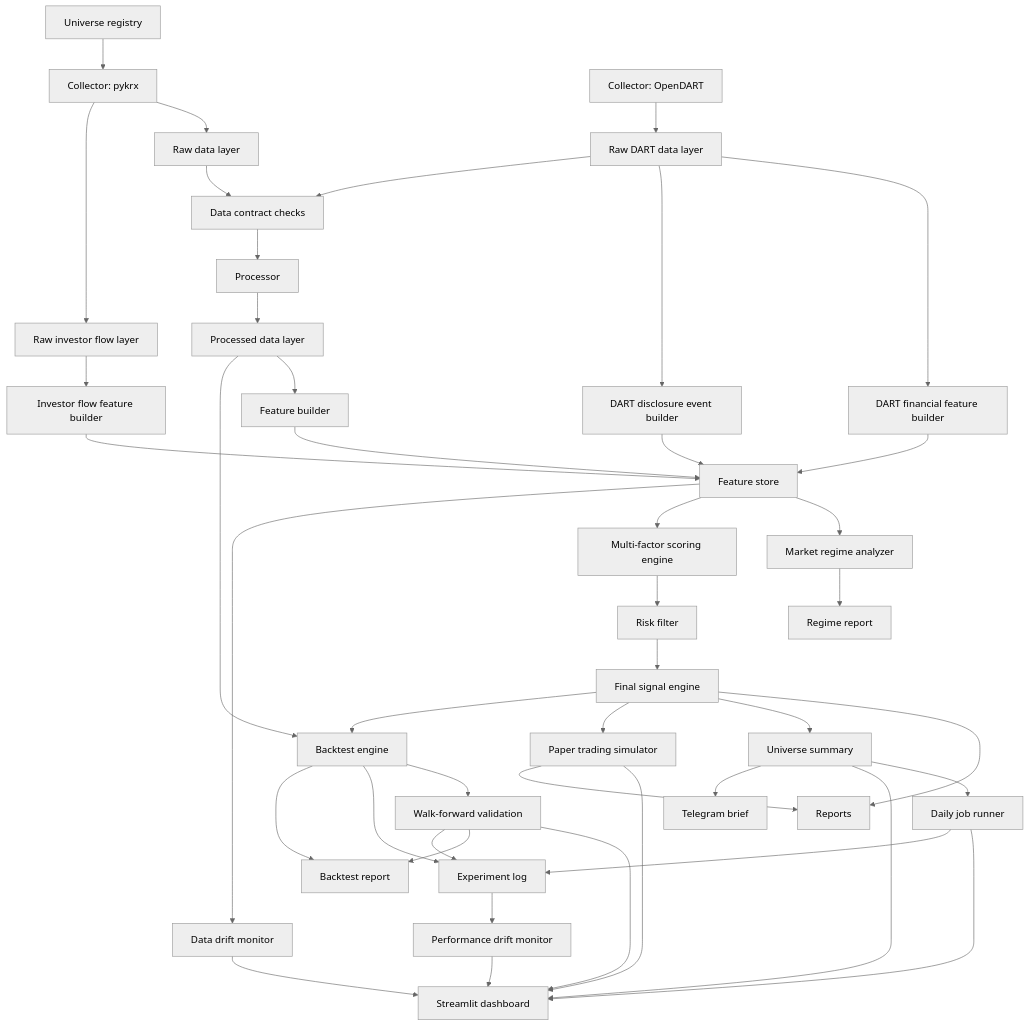
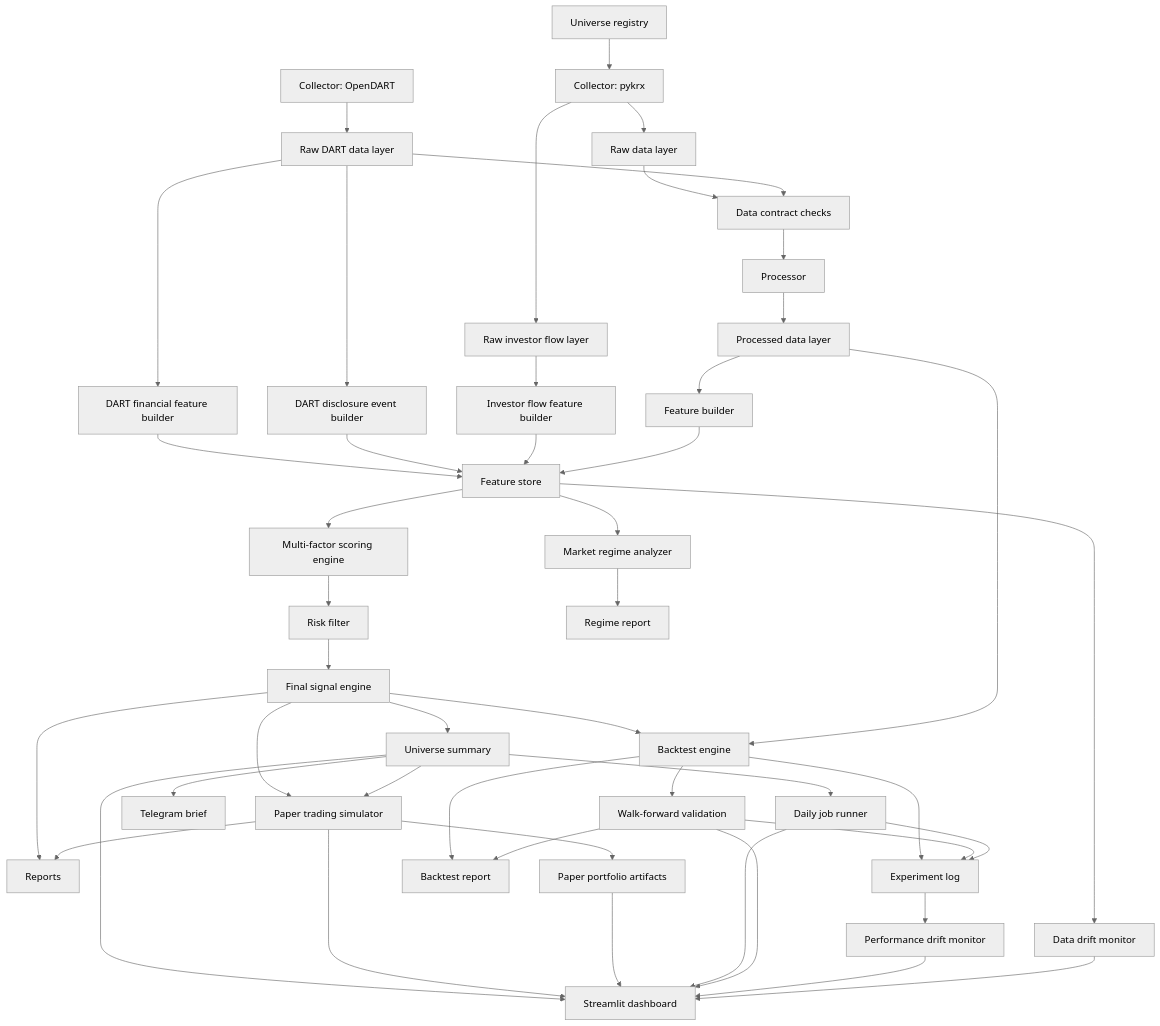
One commit to pkb0728-lgtm/krx-alpha-platform changed the diagram in docs/architecture.md. Above: the diagram before and after it, drawn with Mermaid (neutral theme). The commit also changed 14 other files, not shown here.

Commit message:
Add paper portfolio simulation

````diff
--- a/docs/architecture.md
+++ b/docs/architecture.md
@@ -11,46 +11,49 @@
 ```mermaid
 flowchart TD
     U["Universe registry"] --> A
     A["Collector: pykrx"] --> B["Raw data layer"]
     A --> W["Raw investor flow layer"]
     X["Collector: OpenDART"] --> Y["Raw DART data layer"]
     Y --> Z["DART financial feature builder"]
     Y --> V["DART disclosure event builder"]
     Z --> G
     V --> G
     W --> S["Investor flow feature builder"]
     S --> G
     B --> C["Data contract checks"]
     Y --> C
     C --> D["Processor"]
     D --> E["Processed data layer"]
     E --> F["Feature builder"]
     F --> G["Feature store"]
     G --> R["Market regime analyzer"]
     G --> H["Multi-factor scoring engine"]
     H --> I["Risk filter"]
     I --> J["Final signal engine"]
     J --> K["Reports"]
     J --> L["Universe summary"]
     J --> PT["Paper trading simulator"]
+    L --> PT
     L --> DJ["Daily job runner"]
     L --> M["Streamlit dashboard"]
+    PT --> PA["Paper portfolio artifacts"]
     PT --> M
     PT --> K
+    PA --> M
     DJ --> M
     L --> T["Telegram brief"]
     J --> N["Backtest engine"]
     E --> N
     N --> Q["Walk-forward validation"]
     N --> EL["Experiment log"]
     EL --> PD["Performance drift monitor"]
     G --> DD["Data drift monitor"]
     N --> O["Backtest report"]
     Q --> M
     Q --> O
     Q --> EL
     DJ --> EL
     PD --> M
     DD --> M
     R --> P["Regime report"]
 ```
````
